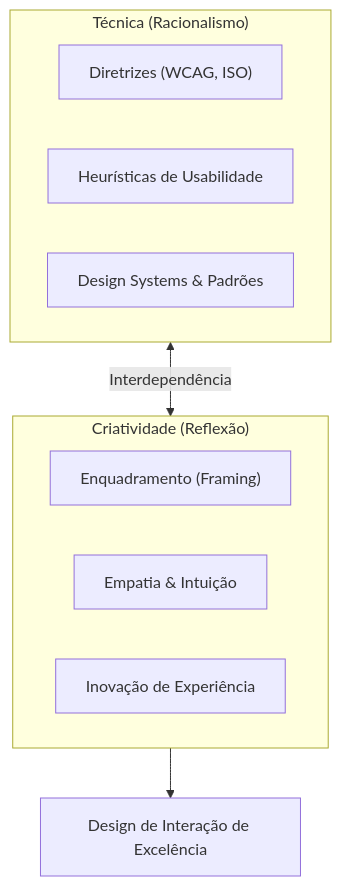
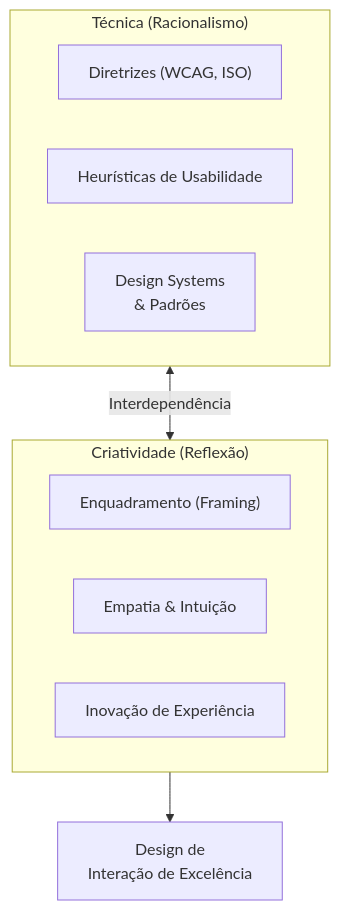
Before and after one commit to leorruas/puc: the third of 3 diagrams in 08. Design de Interacao/11. Racionalismo técnico e reflexão em ação - o papel da técnica e da criatividade no design.md, drawn with Mermaid. The commit also changed other lines of this file and 16 other files, not shown here.

Commit message:
style(mermaid): comprehensive audit and optimization of 45 Mermaid blocks across all 22 topic notes

````diff
--- a/08. Design de Interacao/11. Racionalismo técnico e reflexão em ação - o papel da técnica e da criatividade no design.md
+++ b/08. Design de Interacao/11. Racionalismo técnico e reflexão em ação - o papel da técnica e da criatividade no design.md
@@ -93,17 +93,17 @@
 ```mermaid
 graph TD
     subgraph Tecnica ["Técnica (Racionalismo)"]
         T1["Diretrizes (WCAG, ISO)"]
         T2["Heurísticas de Usabilidade"]
-        T3["Design Systems & Padrões"]
+        T3["Design Systems<br>& Padrões"]
     end
     
     subgraph Criatividade ["Criatividade (Reflexão)"]
         C1["Enquadramento (Framing)"]
         C2["Empatia & Intuição"]
         C3["Inovação de Experiência"]
     end
     
     Tecnica <-->|Interdependência| Criatividade
-    Criatividade --> IxD["Design de Interação de Excelência"]
+    Criatividade --> IxD["Design de<br>Interação de Excelência"]
 ```
````
